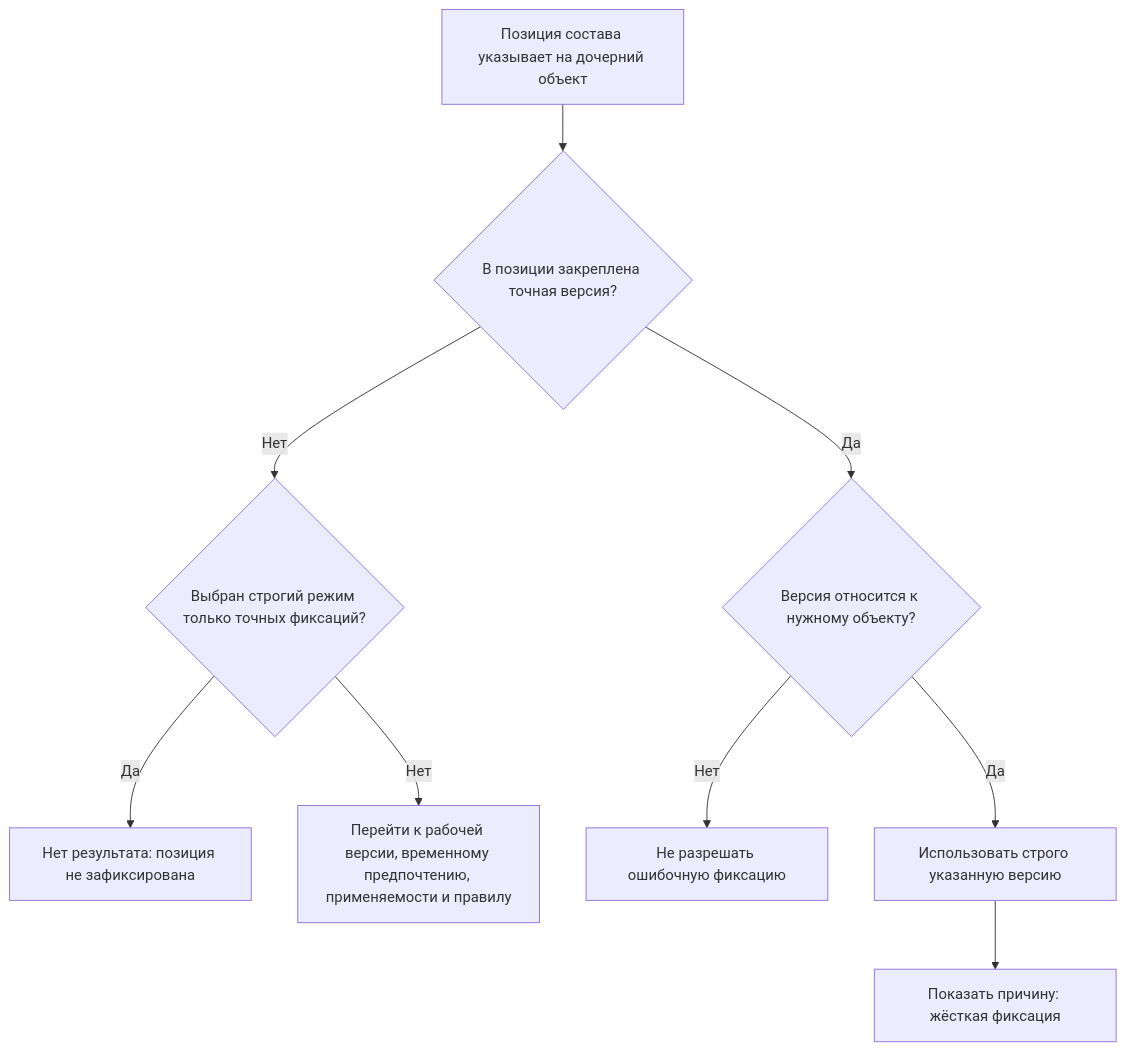
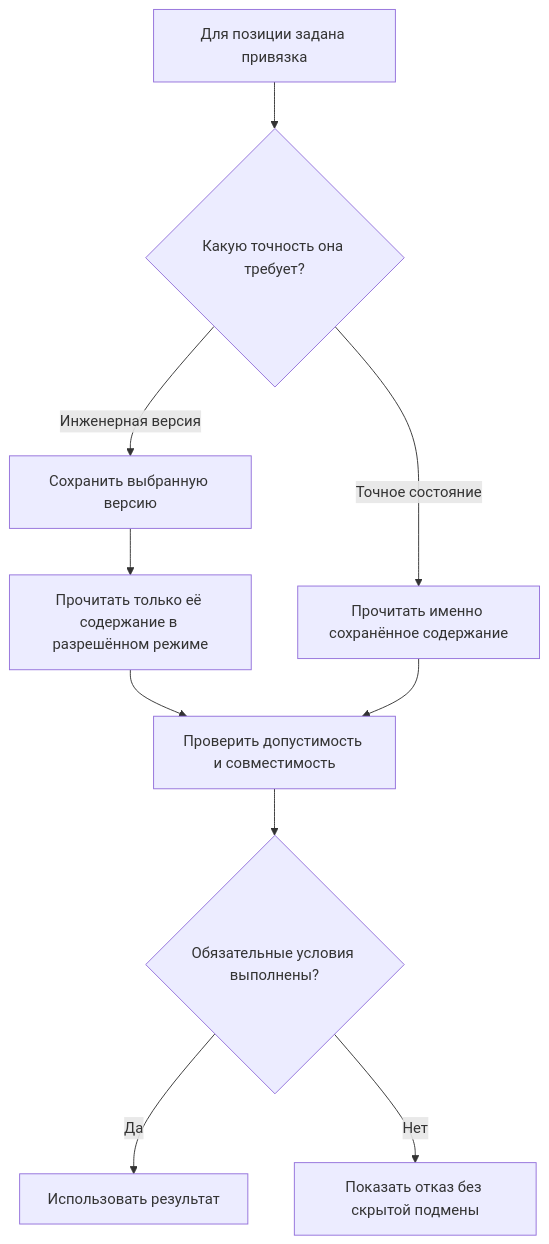
Before and after one commit to ZelAnton/Interlink-product-book: the first of 2 diagrams in wiki/Selection-exact-fixation.md, drawn with Mermaid. The commit also changed other lines of this file and 231 other files, not shown here.

````diff
--- a/wiki/Selection-exact-fixation.md
+++ b/wiki/Selection-exact-fixation.md
@@ -49,11 +34,12 @@
 ```mermaid
 flowchart TD
-    A["Позиция состава указывает на дочерний объект"] --> B{"В позиции закреплена точная версия?"}
-    B -->|Нет| C{"Выбран строгий режим только точных фиксаций?"}
-    C -->|"Да"| H["Нет результата: позиция не зафиксирована"]
-    C -->|"Нет"| I["Перейти к рабочей версии, временному предпочтению, применяемости и правилу"]
-    B -->|Да| D{"Версия относится к нужному объекту?"}
-    D -->|Нет| E["Не разрешать ошибочную фиксацию"]
-    D -->|Да| F["Использовать строго указанную версию"]
-    F --> G["Показать причину: жёсткая фиксация"]
+    A["Для позиции задана привязка"] --> B{"Какую точность она требует?"}
+    B -->|Инженерная версия| C["Сохранить выбранную версию"]
+    C --> D["Прочитать только её содержание в разрешённом режиме"]
+    B -->|Точное состояние| E["Прочитать именно сохранённое содержание"]
+    D --> F["Проверить допустимость и совместимость"]
+    E --> F
+    F --> G{"Обязательные условия выполнены?"}
+    G -->|Да| H["Использовать результат"]
+    G -->|Нет| I["Показать отказ без скрытой подмены"]
 ```
````
